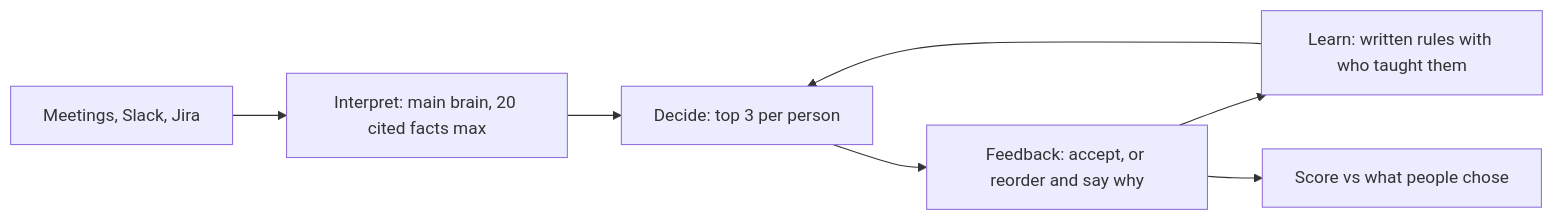
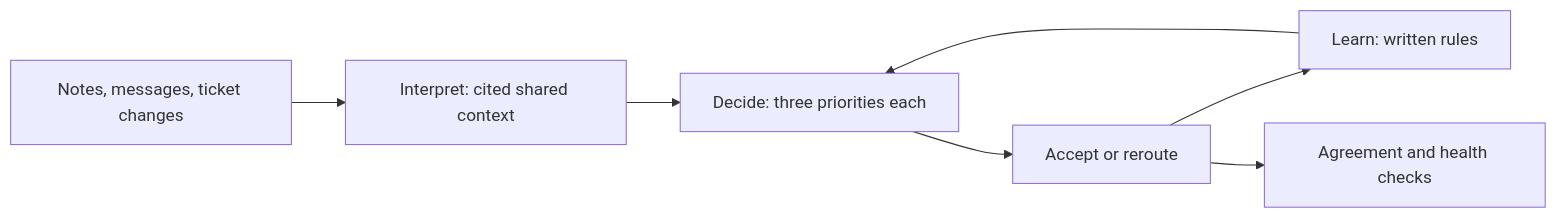
One commit to realjeffreyau/WorkflowGPS-AI-Agent changed the diagram in README.md. Above: the diagram before and after it, drawn with Mermaid. The commit also changed other lines of this file and 4 other files, not shown here.

````diff
--- a/README.md
+++ b/README.md
@@ -27,9 +67,9 @@
 ```mermaid
 flowchart LR
-  A[Meetings, Slack, Jira] --> B[Interpret: main brain, 20 cited facts max]
-  B --> C[Decide: top 3 per person]
-  C --> D[Feedback: accept, or reorder and say why]
-  D --> E[Learn: written rules with who taught them]
+  A[Notes, messages, ticket changes] --> B[Interpret: cited shared context]
+  B --> C[Decide: three priorities each]
+  C --> D[Accept or reroute]
+  D --> E[Learn: written rules]
   E --> C
-  D --> F[Score vs what people chose]
+  D --> F[Agreement and health checks]
 ```
````
